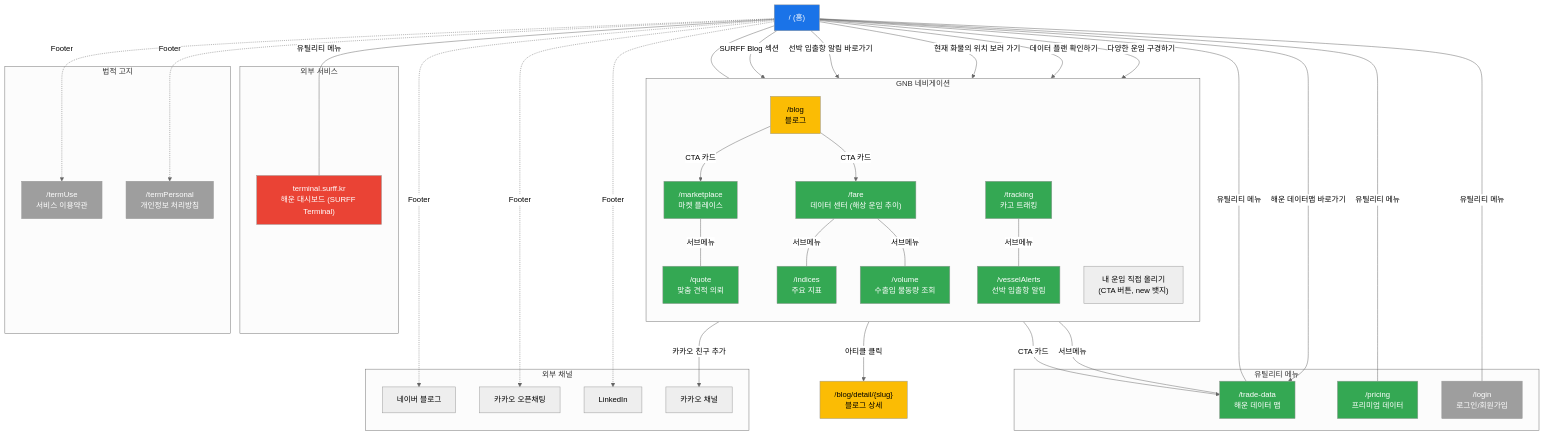
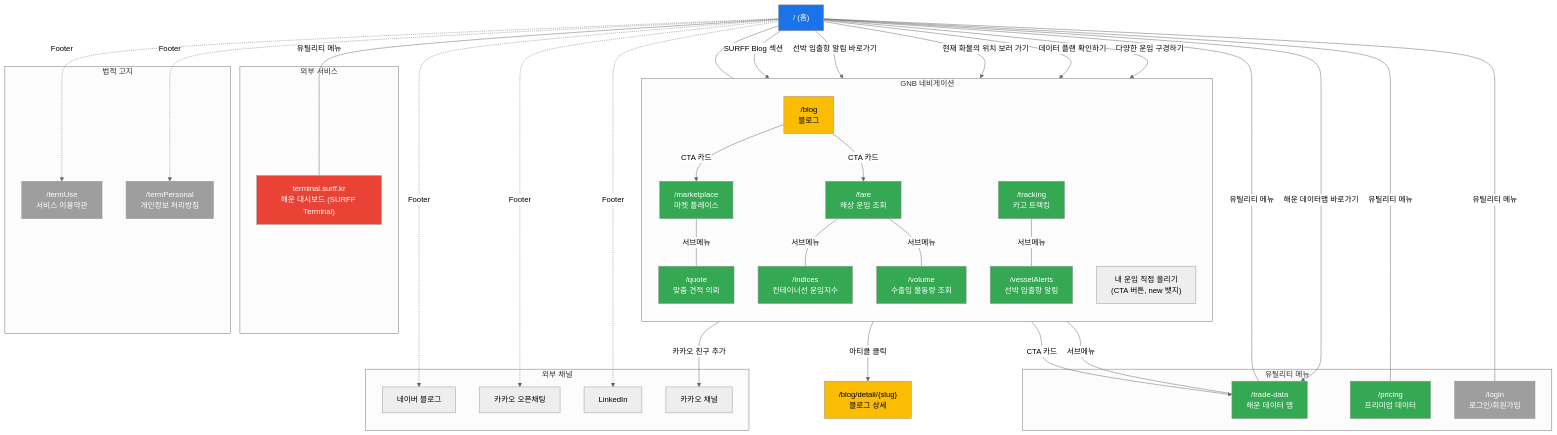
One commit to starfishfactory/cargoplan changed the diagram in .claude/docs/sitemap/surff-visual-sitemap.md. Above: the diagram before and after it, drawn with Mermaid (neutral theme). The commit also changed other lines of this file and 2 other files, not shown here.

```diff
--- a/.claude/docs/sitemap/surff-visual-sitemap.md
+++ b/.claude/docs/sitemap/surff-visual-sitemap.md
@@ -100,10 +100,10 @@
         direction TB
         MP["/marketplace<br/>마켓 플레이스"]
         QUOTE["/quote<br/>맞춤 견적 의뢰"]
-        FARE["/fare<br/>데이터 센터 (해상 운임 추이)"]
-        INDICES["/indices<br/>주요 지표"]
+        FARE["/fare<br/>해상 운임 조회"]
+        INDICES["/indices<br/>컨테이너선 운임지수"]
         VOLUME["/volume<br/>수출입 물동량 조회"]
-        TRACK["/tracking<br/>카고 트래킹"]
+        TRACK["/tracking<br/>카고 트랙킹"]
         VESSEL["/vesselAlerts<br/>선박 입출항 알림"]
         BLOG["/blog<br/>블로그"]
         MY_FARE["내 운임 직접 올리기<br/>(CTA 버튼, new 뱃지)"]
```
